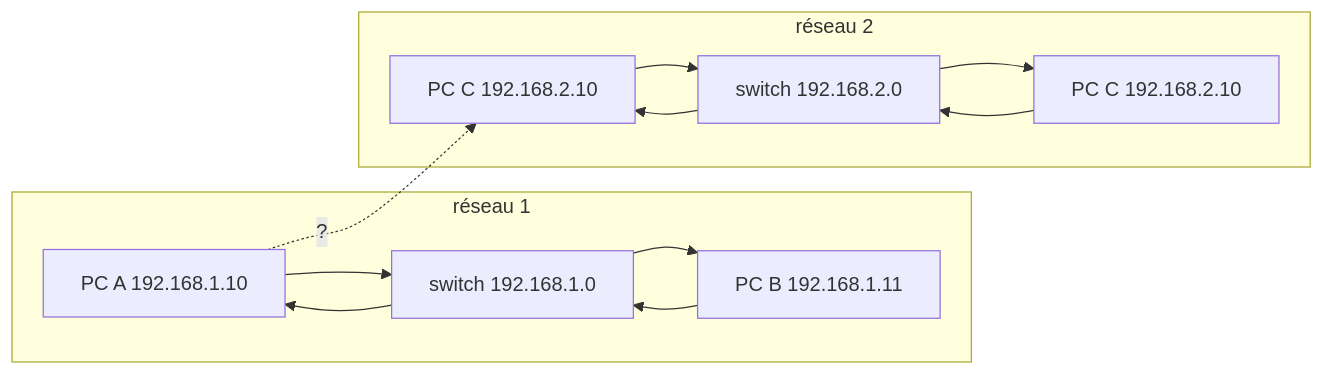
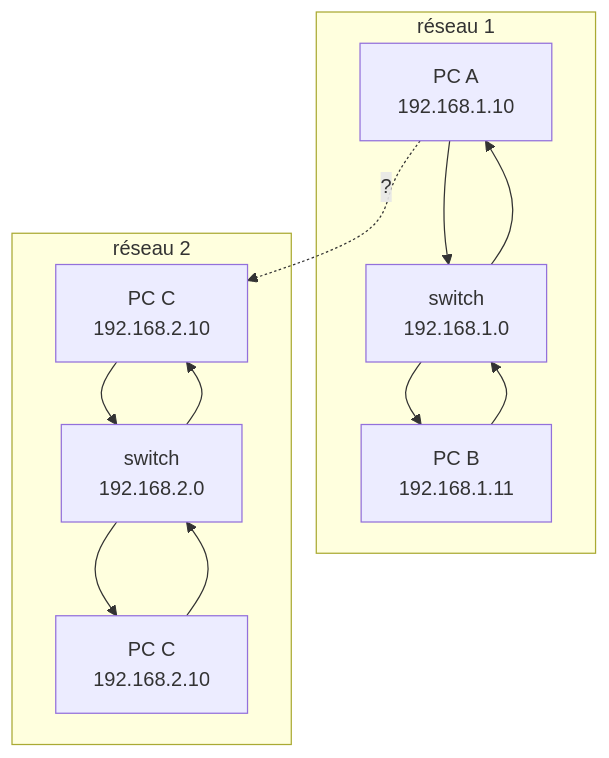
Before and after one commit to module-formation/formation-Deep-MLOps: the fifth of 13 diagrams in docs/devops/network.md, drawn with Mermaid. The commit also changed other lines of this file, not shown here.

````diff
--- a/docs/devops/network.md
+++ b/docs/devops/network.md
@@ -86,17 +86,17 @@
 ``` mermaid
-graph LR
+graph TD
   subgraph réseau 1
-  A[PC A 192.168.1.10] --> C[switch];
-  B[PC B 192.168.1.11] --> C[switch];
-  C[switch 192.168.1.0] --> B[PC B 192.168.1.11];
-  C[switch 192.168.1.0] --> A[PC A 192.168.1.10];
+  A[PC A <br/> 192.168.1.10] --> C[switch <br/> 192.168.1.0];
+  B[PC B <br/> 192.168.1.11] --> C[switch <br/> 192.168.1.0];
+  C[switch <br/> 192.168.1.0] --> B[PC B <br/> 192.168.1.11];
+  C[switch <br/> 192.168.1.0] --> A[PC A <br/> 192.168.1.10];
   end
   subgraph réseau 2
-  D[PC C 192.168.2.10] --> E[switch];
-  F[PC D 192.168.2.11] --> E[switch];
-  E[switch 192.168.2.0] --> D[PC D 192.168.2.11];
-  E[switch 192.168.2.0] --> F[PC C 192.168.2.10];
+  D[PC C <br/> 192.168.2.10] --> E[switch <br/> 192.168.2.0];
+  F[PC D <br/> 192.168.2.11] --> E[switch <br/> 192.168.2.0];
+  E[switch <br/> 192.168.2.0] --> D[PC D <br/> 192.168.2.11];
+  E[switch <br/> 192.168.2.0] --> F[PC C <br/> 192.168.2.10];
   end
 
-  A[PC A 192.168.1.10] -.->|?| D[PC C 192.168.2.10];
+  A[PC A <br/> 192.168.1.10] -.->|?| D[PC C <br/> 192.168.2.10];
 ```
````
